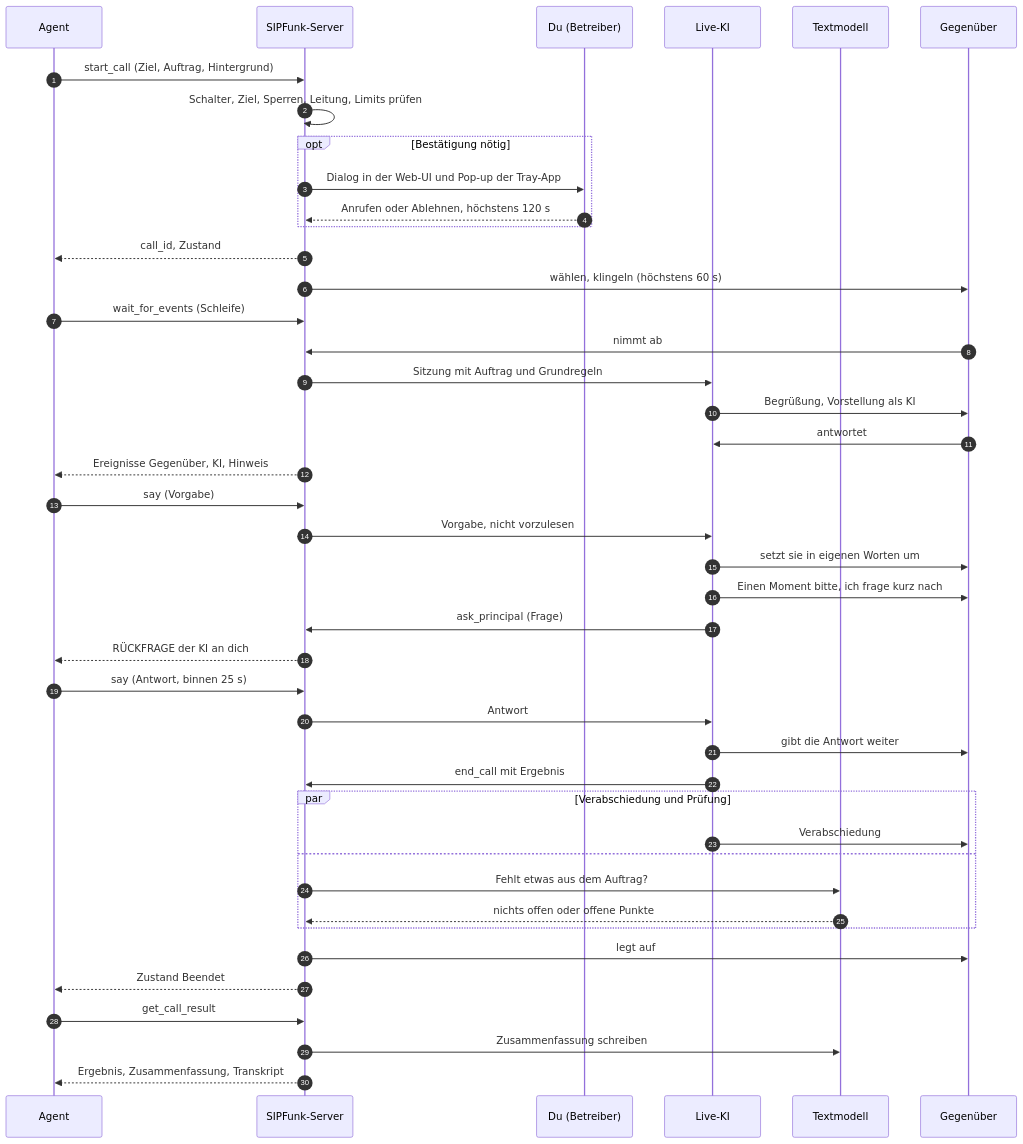
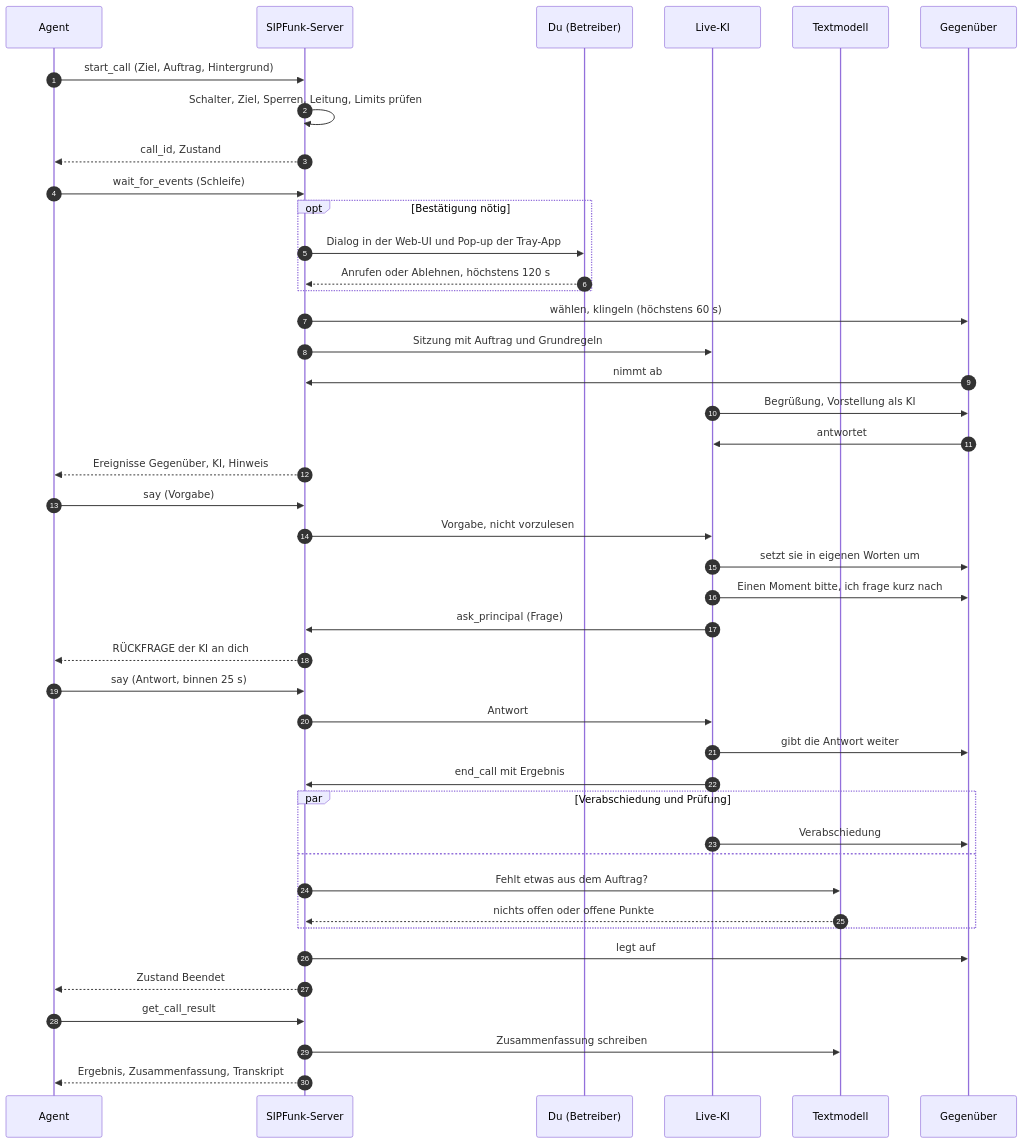
One commit to alorbach/ai-sip-funk changed the diagram in doc/mcp-flow.de.md. Above: the diagram before and after it, drawn with Mermaid. The commit also changed other lines of this file and 6 other files, not shown here.

````diff
--- a/doc/mcp-flow.de.md
+++ b/doc/mcp-flow.de.md
@@ -28,46 +28,46 @@
 ```mermaid
 sequenceDiagram
     autonumber
     participant A as Agent
     participant S as SIPFunk-Server
     participant O as Du (Betreiber)
     participant L as Live-KI
     participant T as Textmodell
     participant G as Gegenüber
 
     A->>S: start_call (Ziel, Auftrag, Hintergrund)
     S->>S: Schalter, Ziel, Sperren, Leitung, Limits prüfen
+    S-->>A: call_id, Zustand
+    A->>S: wait_for_events (Schleife)
     opt Bestätigung nötig
         S->>O: Dialog in der Web-UI und Pop-up der Tray-App
         O-->>S: Anrufen oder Ablehnen, höchstens 120 s
     end
-    S-->>A: call_id, Zustand
     S->>G: wählen, klingeln (höchstens 60 s)
-    A->>S: wait_for_events (Schleife)
+    S->>L: Sitzung mit Auftrag und Grundregeln
     G->>S: nimmt ab
-    S->>L: Sitzung mit Auftrag und Grundregeln
     L->>G: Begrüßung, Vorstellung als KI
     G->>L: antwortet
     S-->>A: Ereignisse Gegenüber, KI, Hinweis
     A->>S: say (Vorgabe)
     S->>L: Vorgabe, nicht vorzulesen
     L->>G: setzt sie in eigenen Worten um
     L->>G: Einen Moment bitte, ich frage kurz nach
     L->>S: ask_principal (Frage)
     S-->>A: RÜCKFRAGE der KI an dich
     A->>S: say (Antwort, binnen 25 s)
     S->>L: Antwort
     L->>G: gibt die Antwort weiter
     L->>S: end_call mit Ergebnis
     par Verabschiedung und Prüfung
         L->>G: Verabschiedung
     and
         S->>T: Fehlt etwas aus dem Auftrag?
         T-->>S: nichts offen oder offene Punkte
     end
     S->>G: legt auf
     S-->>A: Zustand Beendet
     A->>S: get_call_result
     S->>T: Zusammenfassung schreiben
     S-->>A: Ergebnis, Zusammenfassung, Transkript
 ```
````
